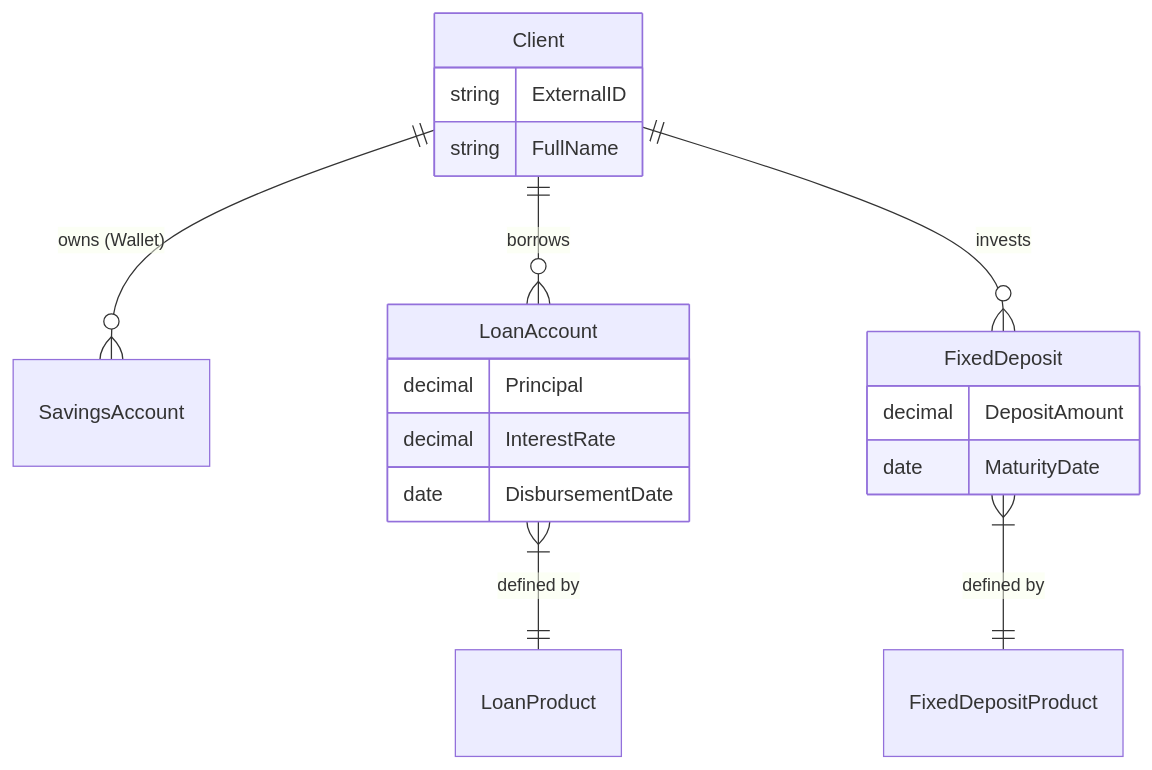
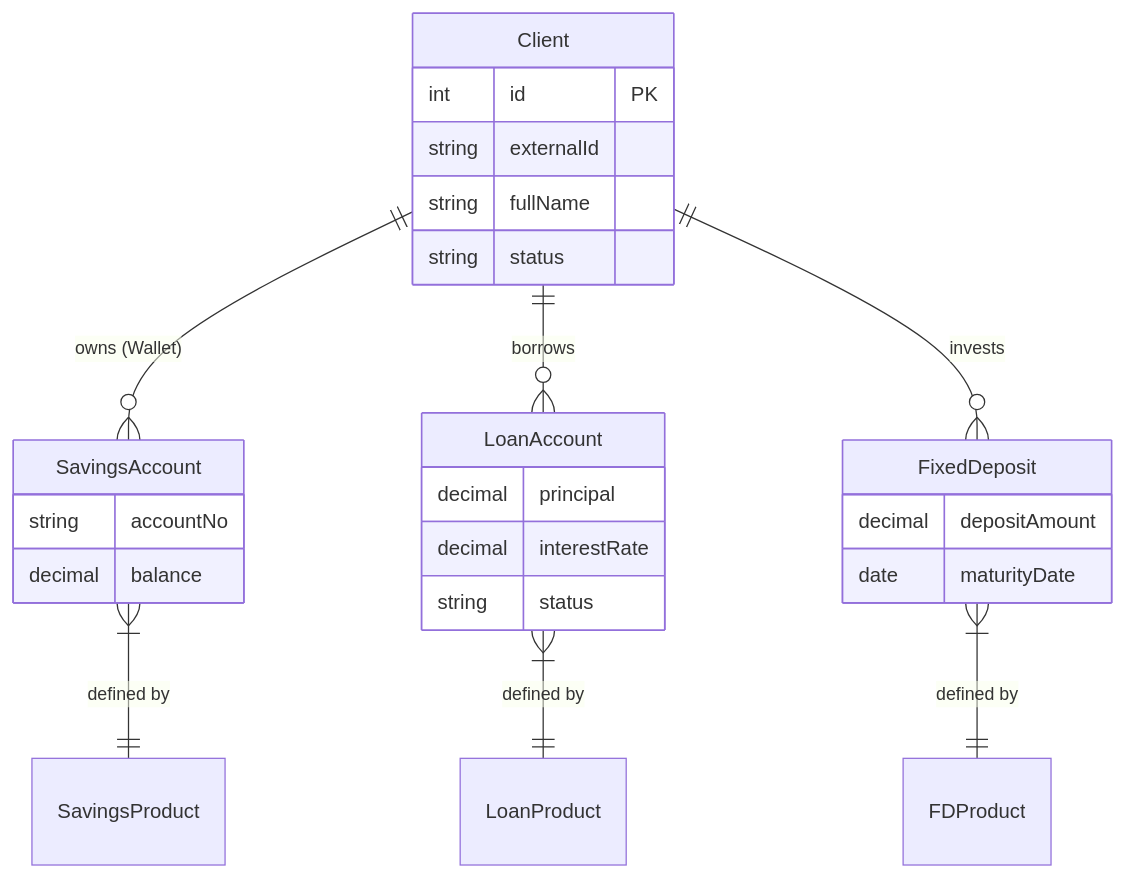
The second of 2 diagrams in docs/docs/concepts/fineract-core.md (TruonggGiangg/p2p-do-an), drawn with Mermaid before and after one commit. The commit also changed other lines of this file and 4 other files, not shown here.

Commit message:
feat: Introduce Fineract money flow analysis and investment testing scripts, along with core concepts documentation.

````diff
--- a/docs/docs/concepts/fineract-core.md
+++ b/docs/docs/concepts/fineract-core.md
@@ -53,25 +80,33 @@
 ```mermaid
 erDiagram
     Client ||--o{ SavingsAccount : "owns (Wallet)"
     Client ||--o{ LoanAccount : "borrows"
     Client ||--o{ FixedDeposit : "invests"
 
     LoanAccount }|--|| LoanProduct : "defined by"
-    FixedDeposit }|--|| FixedDepositProduct : "defined by"
+    FixedDeposit }|--|| FDProduct : "defined by"
+    SavingsAccount }|--|| SavingsProduct : "defined by"
 
     Client {
-        string ExternalID
-        string FullName
+        int id PK
+        string externalId
+        string fullName
+        string status
+    }
+
+    SavingsAccount {
+        string accountNo
+        decimal balance
     }
 
     LoanAccount {
-        decimal Principal
-        decimal InterestRate
-        date DisbursementDate
+        decimal principal
+        decimal interestRate
+        string status
     }
 
     FixedDeposit {
-        decimal DepositAmount
-        date MaturityDate
+        decimal depositAmount
+        date maturityDate
     }
 ```
````
